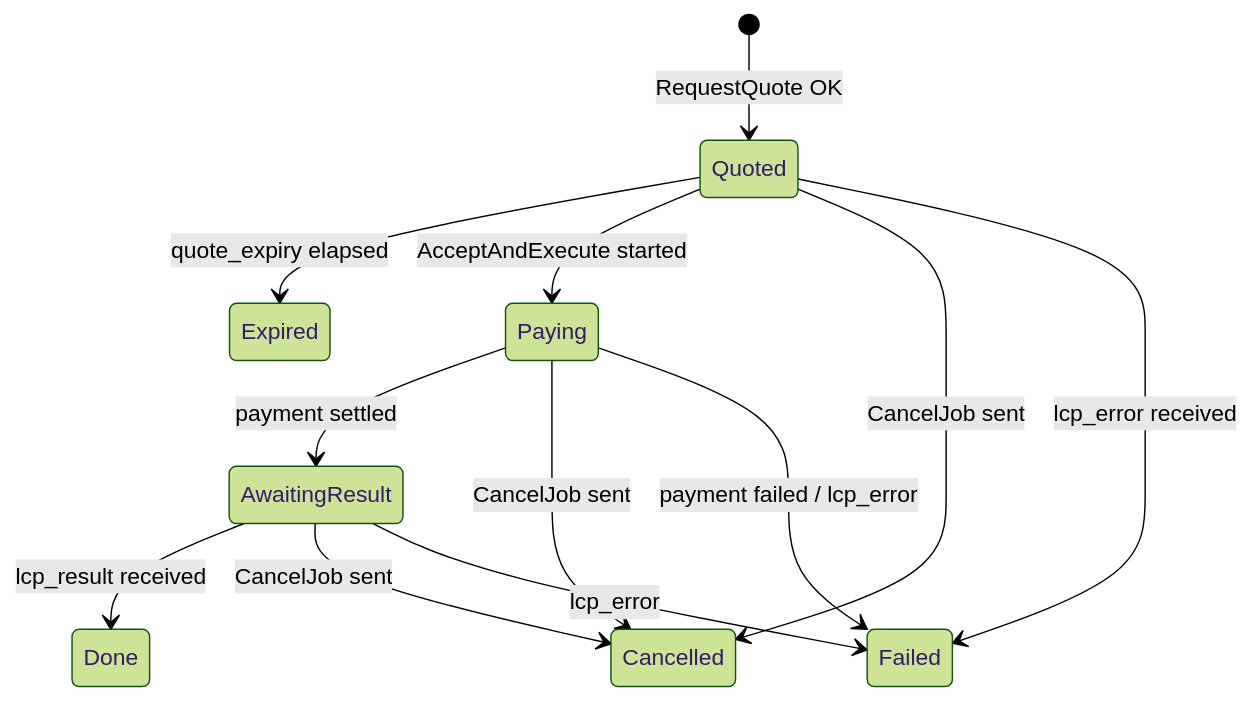
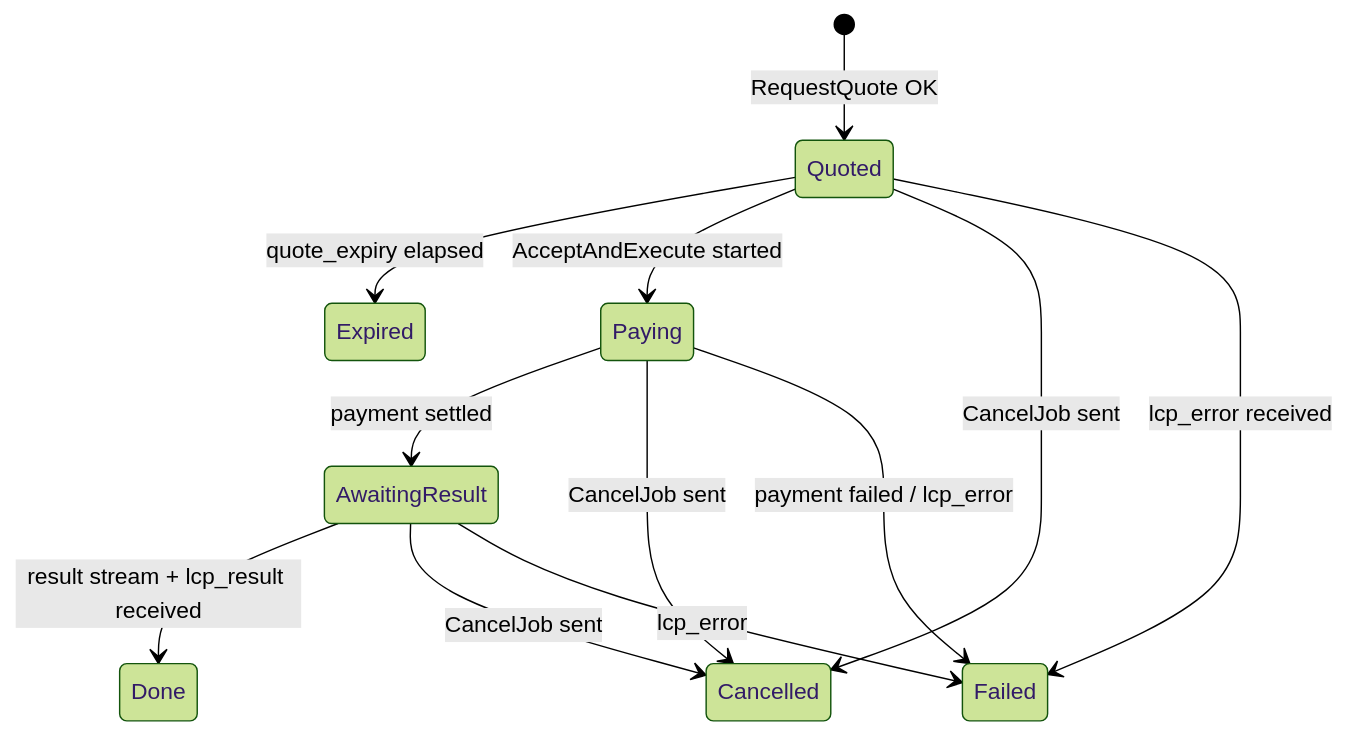
The diagram in go-lcpd/spec.md (YusukeShimizu/lightning-compute-protocol), drawn with Mermaid (forest theme) before and after one commit. The commit also changed other lines of this file and 53 other files, not shown here.

````diff
--- a/go-lcpd/spec.md
+++ b/go-lcpd/spec.md
@@ -383,17 +437,17 @@
 ```mermaid
 stateDiagram-v2
   [*] --> Quoted: RequestQuote OK
   Quoted --> Expired: quote_expiry elapsed
 
-  Quoted --> Paying: AcceptAndExecute started
-  Paying --> AwaitingResult: payment settled
-  AwaitingResult --> Done: lcp_result received
+	  Quoted --> Paying: AcceptAndExecute started
+	  Paying --> AwaitingResult: payment settled
+	  AwaitingResult --> Done: result stream + lcp_result received
 
   Quoted --> Cancelled: CancelJob sent
   Paying --> Cancelled: CancelJob sent
   AwaitingResult --> Cancelled: CancelJob sent
 
   Quoted --> Failed: lcp_error received
   Paying --> Failed: payment failed / lcp_error
   AwaitingResult --> Failed: lcp_error
 ```
````
